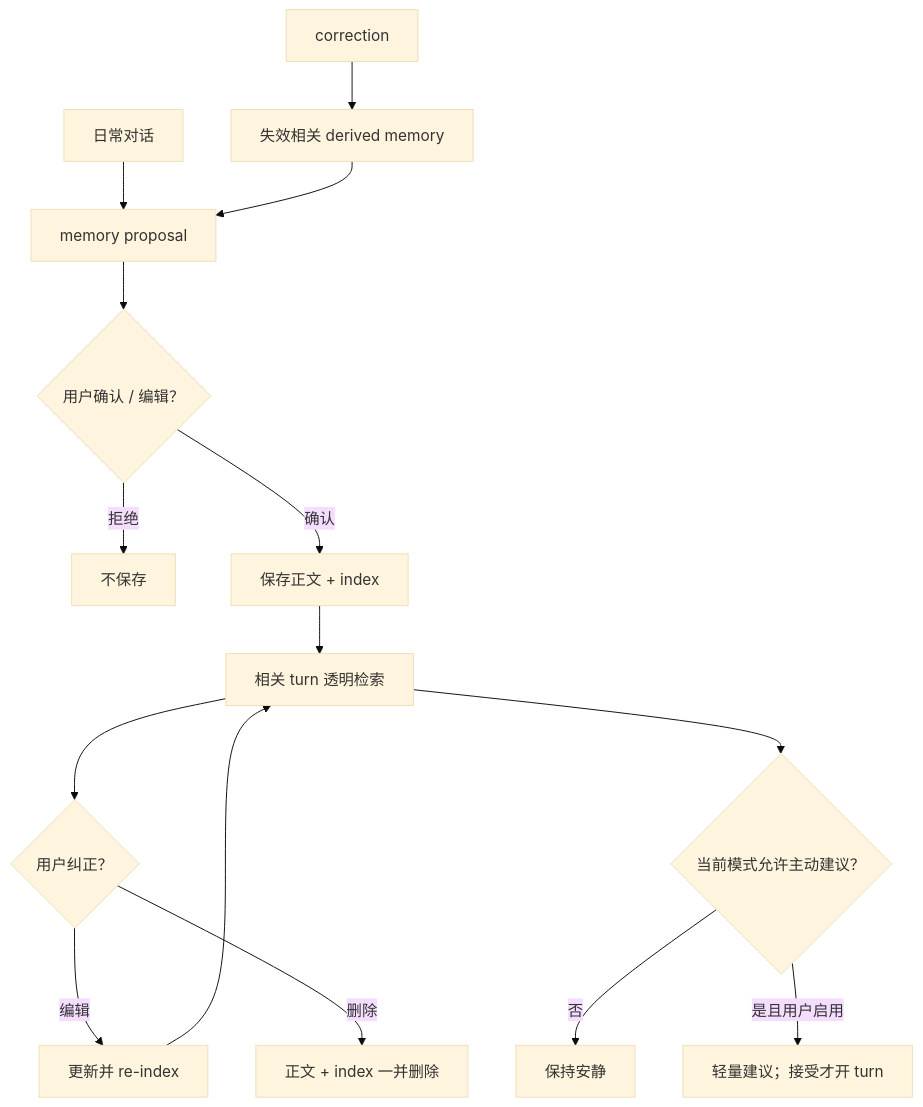
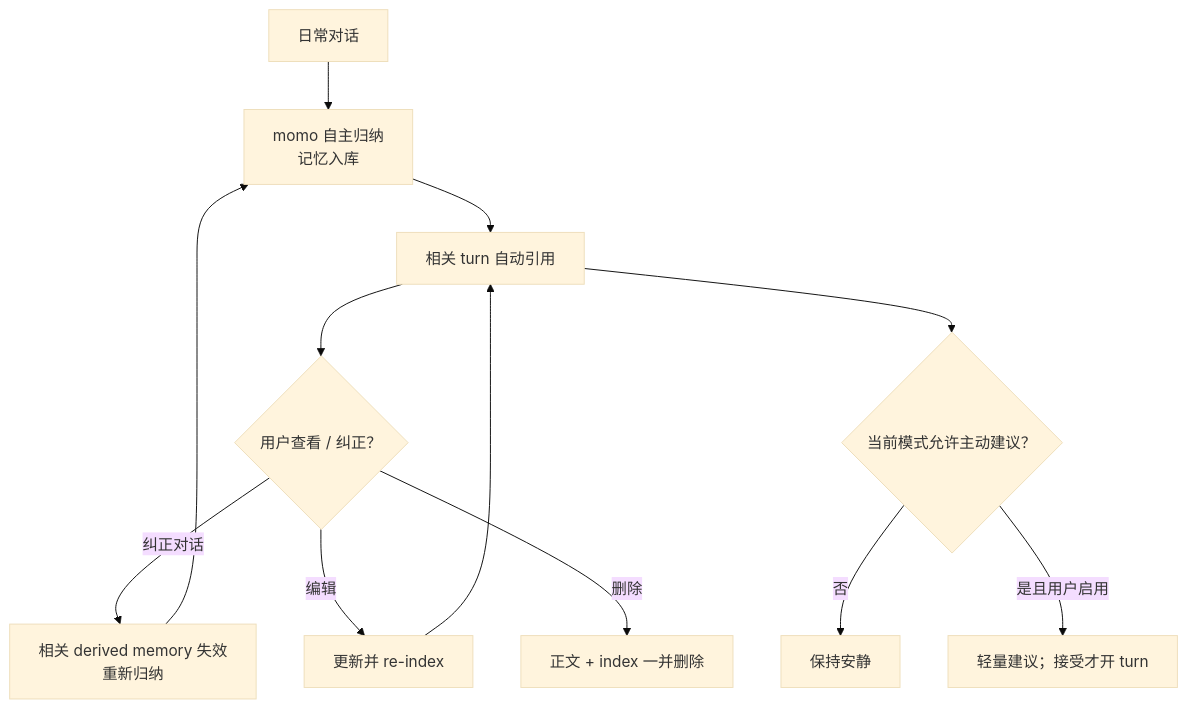
One commit to Momoyeyu/momo changed the diagram in docs/03-features/stage.md. Above: the diagram before and after it, drawn with Mermaid (base theme). The commit also changed other lines of this file and 18 other files, not shown here.

````diff
--- a/docs/03-features/stage.md
+++ b/docs/03-features/stage.md
@@ -16,16 +16,13 @@
 ```mermaid
 flowchart TD
-    CORRECTION["correction"] --> INVALIDATE["失效相关 derived memory"]
-    CHAT["日常对话"] --> PROPOSAL["memory proposal"]
-    INVALIDATE --> PROPOSAL
-    PROPOSAL --> USER{"用户确认 / 编辑？"}
-    USER -->|"拒绝"| NONE["不保存"]
-    USER -->|"确认"| STORE["保存正文 + index"]
-    STORE --> RECALL["相关 turn 透明检索"]
-    RECALL --> CORRECT{"用户纠正？"}
+    CHAT["日常对话"] --> LEARN["momo 自主归纳<br/>记忆入库"]
+    LEARN --> RECALL["相关 turn 自动引用"]
+    RECALL --> CORRECT{"用户查看 / 纠正？"}
+    CORRECT -->|"纠正对话"| INVALIDATE["相关 derived memory 失效<br/>重新归纳"]
     CORRECT -->|"编辑"| UPDATE["更新并 re-index"] --> RECALL
     CORRECT -->|"删除"| DELETE["正文 + index 一并删除"]
+    INVALIDATE --> LEARN
     RECALL --> MODE{"当前模式允许主动建议？"}
     MODE -->|"否"| QUIET["保持安静"]
     MODE -->|"是且用户启用"| SUGGEST["轻量建议；接受才开 turn"]
 ```
````
